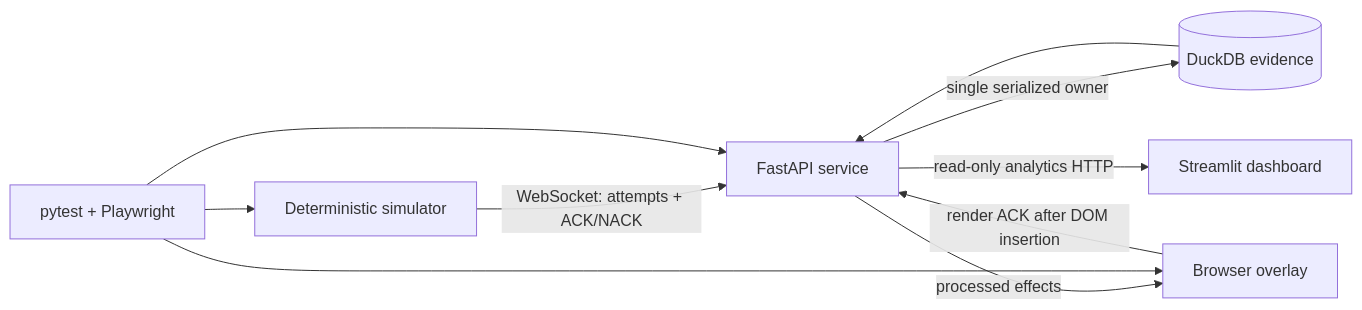
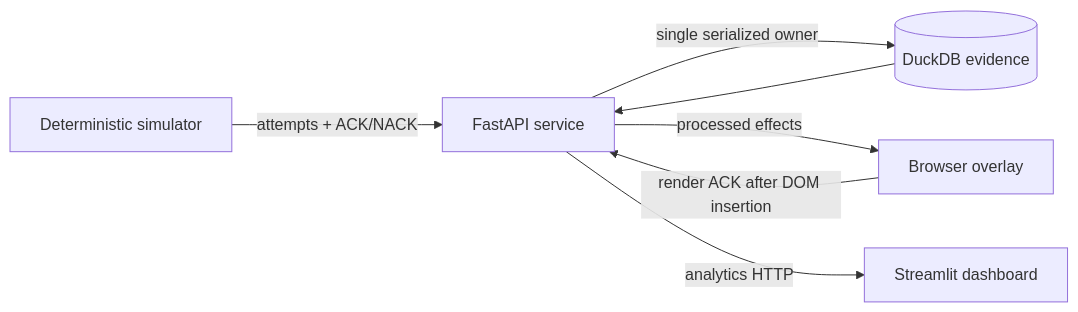
One commit to Aignle/Stream-Reliability-Lab changed the diagram in README.md. Above: the diagram before and after it, drawn with Mermaid. The commit also changed other lines of this file and 4 other files, not shown here.

````diff
--- a/README.md
+++ b/README.md
@@ -60,12 +98,9 @@
 ```mermaid
 flowchart LR
-    S["Deterministic simulator"] -->|"WebSocket: attempts + ACK/NACK"| A["FastAPI service"]
+    S["Deterministic simulator"] -->|"attempts + ACK/NACK"| A["FastAPI service"]
     A -->|"single serialized owner"| D[("DuckDB evidence")]
     A -->|"processed effects"| O["Browser overlay"]
     O -->|"render ACK after DOM insertion"| A
     D --> A
-    A -->|"read-only analytics HTTP"| T["Streamlit dashboard"]
-    P["pytest + Playwright"] --> S
-    P --> A
-    P --> O
+    A -->|"analytics HTTP"| T["Streamlit dashboard"]
 ```
````
